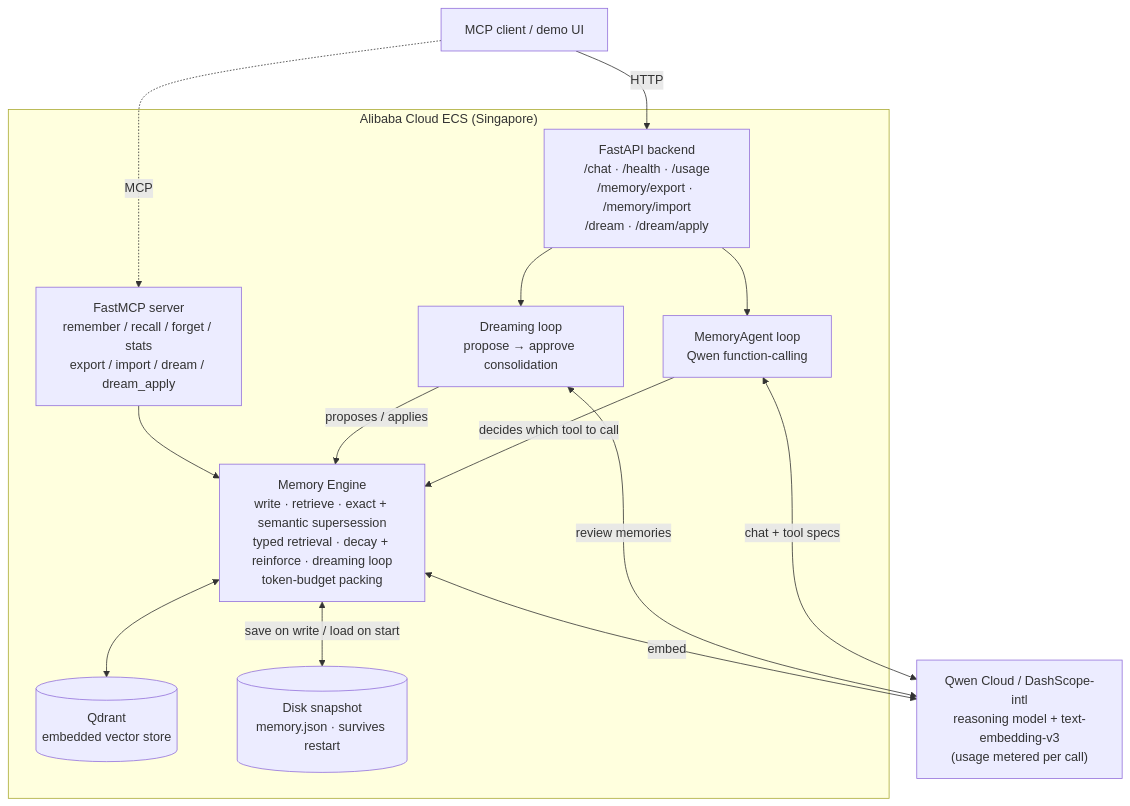
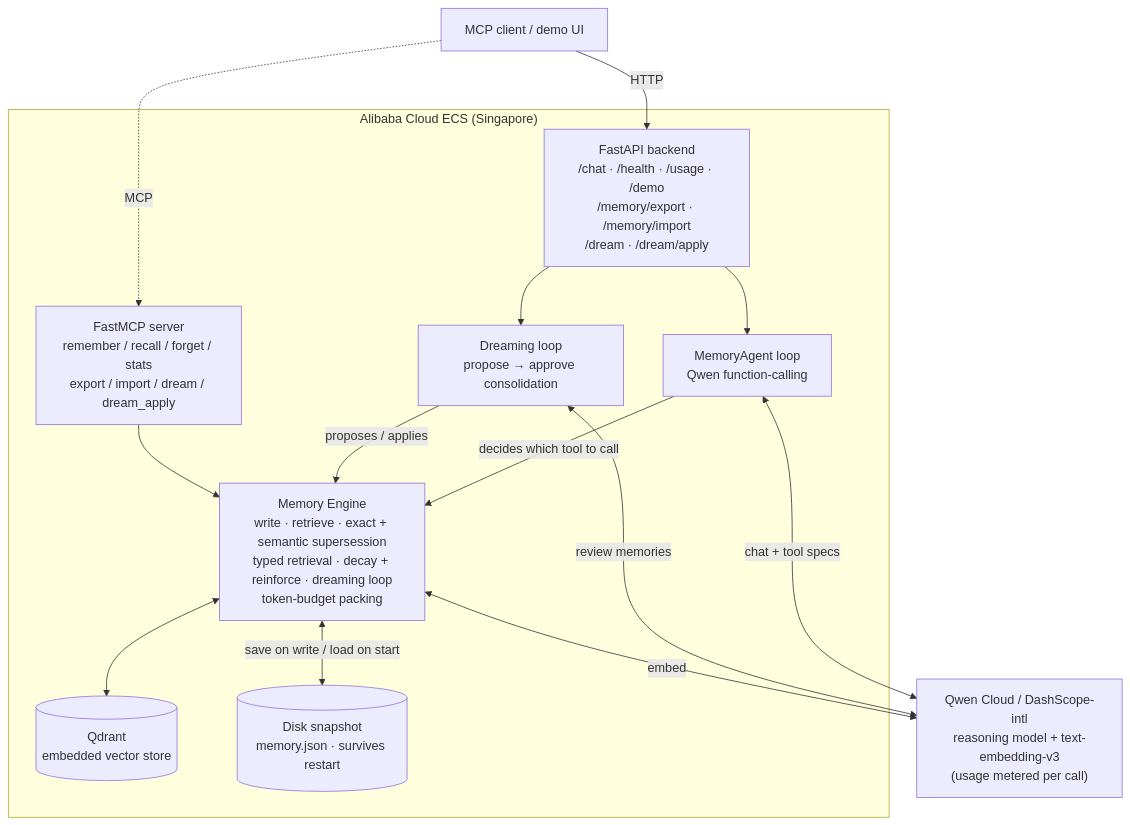
One commit to rduffyuk/qwen-memory-agent changed the diagram in README.md. Above: the diagram before and after it, drawn with Mermaid. The commit also changed other lines of this file and 2 other files, not shown here.

````diff
--- a/README.md
+++ b/README.md
@@ -25,29 +28,29 @@
 ```mermaid
 flowchart TB
     U["MCP client / demo UI"]
 
     subgraph ecs["Alibaba Cloud ECS (Singapore)"]
-        API["FastAPI backend<br/>/chat · /health · /usage<br/>/memory/export · /memory/import<br/>/dream · /dream/apply"]
+        API["FastAPI backend<br/>/chat · /health · /usage · /demo<br/>/memory/export · /memory/import<br/>/dream · /dream/apply"]
         AGENT["MemoryAgent loop<br/>Qwen function-calling"]
         DREAM["Dreaming loop<br/>propose → approve consolidation"]
         MCP["FastMCP server<br/>remember / recall / forget / stats<br/>export / import / dream / dream_apply"]
         ENG["Memory Engine<br/>write · retrieve · exact + semantic supersession<br/>typed retrieval · decay + reinforce · dreaming loop<br/>token-budget packing"]
         QD[("Qdrant<br/>embedded vector store")]
         SNAP[("Disk snapshot<br/>memory.json · survives restart")]
     end
 
     DS["Qwen Cloud / DashScope-intl<br/>reasoning model + text-embedding-v3<br/>(usage metered per call)"]
 
     U -->|HTTP| API
     U -.->|MCP| MCP
     API --> AGENT
     API --> DREAM
     AGENT -->|"decides which tool to call"| ENG
     DREAM -->|"proposes / applies"| ENG
     MCP --> ENG
     AGENT <-->|"chat + tool specs"| DS
     DREAM <-->|"review memories"| DS
     ENG <-->|"embed"| DS
     ENG <--> QD
     ENG <-->|"save on write / load on start"| SNAP
 ```
````
